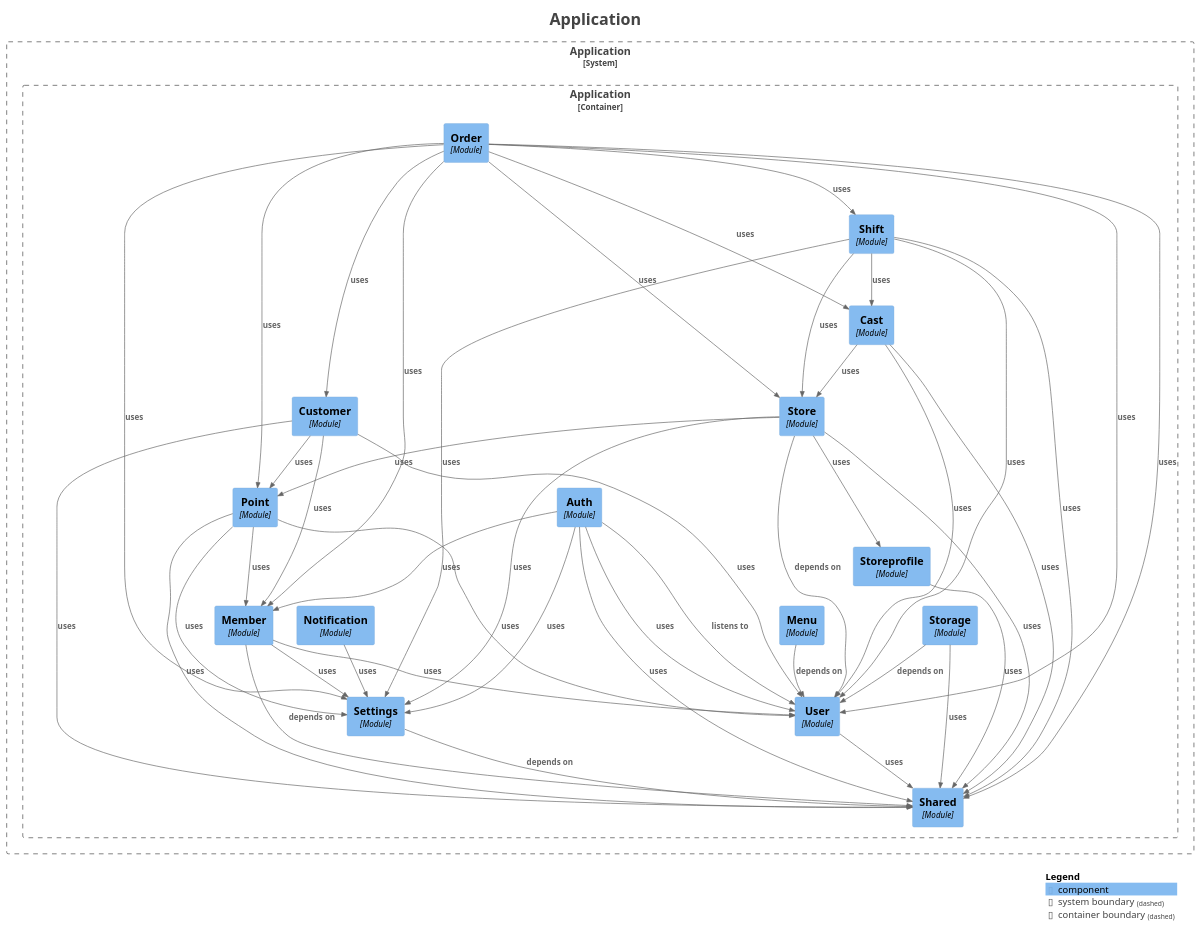
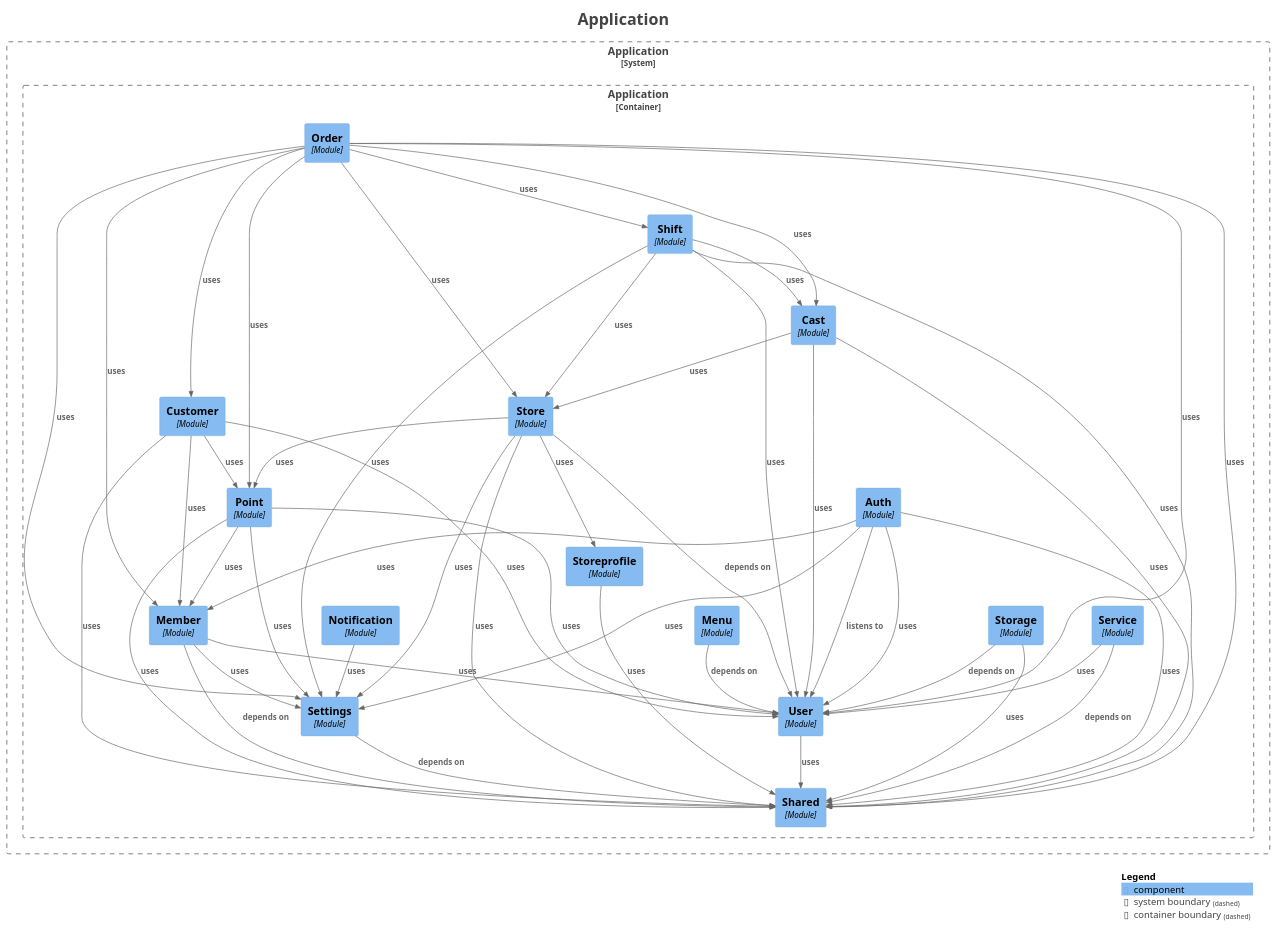
Before and after one commit to kanghouchao/Kizuna: the diagram in backend/docs/modulith/components.puml, drawn with PlantUML. The commit also changed 53 other files, not shown here.

```diff
--- a/backend/docs/modulith/components.puml
+++ b/backend/docs/modulith/components.puml
@@ -1,87 +1,90 @@
 @startuml
 title <size:24>Application</size>
 
 set separator none
 top to bottom direction
 
 <style>
   root {
     BackgroundColor: #ffffff
     FontColor: #444444
   }
 </style>
 
 !include <C4/C4>
 !include <C4/C4_Context>
 !include <C4/C4_Component>
 
 System_Boundary("Application_boundary", "Application", $tags="") {
   Container_Boundary("Application.Application_boundary", "Application", $tags="") {
+    Component(Application.Application.Service, "Service", $techn="Module", $descr="", $tags="", $link="")
     Component(Application.Application.Storage, "Storage", $techn="Module", $descr="", $tags="", $link="")
     Component(Application.Application.Auth, "Auth", $techn="Module", $descr="", $tags="", $link="")
     Component(Application.Application.Point, "Point", $techn="Module", $descr="", $tags="", $link="")
     Component(Application.Application.Customer, "Customer", $techn="Module", $descr="", $tags="", $link="")
     Component(Application.Application.Store, "Store", $techn="Module", $descr="", $tags="", $link="")
     Component(Application.Application.Cast, "Cast", $techn="Module", $descr="", $tags="", $link="")
     Component(Application.Application.Shift, "Shift", $techn="Module", $descr="", $tags="", $link="")
     Component(Application.Application.Order, "Order", $techn="Module", $descr="", $tags="", $link="")
     Component(Application.Application.Shared, "Shared", $techn="Module", $descr="", $tags="", $link="")
     Component(Application.Application.Settings, "Settings", $techn="Module", $descr="", $tags="", $link="")
     Component(Application.Application.Storeprofile, "Storeprofile", $techn="Module", $descr="", $tags="", $link="")
     Component(Application.Application.User, "User", $techn="Module", $descr="", $tags="", $link="")
     Component(Application.Application.Member, "Member", $techn="Module", $descr="", $tags="", $link="")
     Component(Application.Application.Menu, "Menu", $techn="Module", $descr="", $tags="", $link="")
     Component(Application.Application.Notification, "Notification", $techn="Module", $descr="", $tags="", $link="")
   }
 
 }
 
-Rel(Application.Application.Notification, Application.Application.Settings, "uses", $techn="", $tags="", $link="")
+Rel(Application.Application.Shift, Application.Application.Cast, "uses", $techn="", $tags="", $link="")
+Rel(Application.Application.Shift, Application.Application.User, "uses", $techn="", $tags="", $link="")
+Rel(Application.Application.Shift, Application.Application.Store, "uses", $techn="", $tags="", $link="")
+Rel(Application.Application.Shift, Application.Application.Shared, "uses", $techn="", $tags="", $link="")
+Rel(Application.Application.User, Application.Application.Shared, "uses", $techn="", $tags="", $link="")
 Rel(Application.Application.Storeprofile, Application.Application.Shared, "uses", $techn="", $tags="", $link="")
-Rel(Application.Application.Customer, Application.Application.Member, "uses", $techn="", $tags="", $link="")
-Rel(Application.Application.Customer, Application.Application.User, "uses", $techn="", $tags="", $link="")
-Rel(Application.Application.Customer, Application.Application.Shared, "uses", $techn="", $tags="", $link="")
-Rel(Application.Application.Customer, Application.Application.Point, "uses", $techn="", $tags="", $link="")
+Rel(Application.Application.Storage, Application.Application.User, "depends on", $techn="", $tags="", $link="")
+Rel(Application.Application.Storage, Application.Application.Shared, "uses", $techn="", $tags="", $link="")
+Rel(Application.Application.Member, Application.Application.Shared, "depends on", $techn="", $tags="", $link="")
+Rel(Application.Application.Member, Application.Application.Settings, "uses", $techn="", $tags="", $link="")
+Rel(Application.Application.Member, Application.Application.User, "uses", $techn="", $tags="", $link="")
+Rel(Application.Application.Service, Application.Application.Shared, "depends on", $techn="", $tags="", $link="")
+Rel(Application.Application.Service, Application.Application.User, "uses", $techn="", $tags="", $link="")
 Rel(Application.Application.Auth, Application.Application.User, "listens to", $techn="", $tags="", $link="")
 Rel(Application.Application.Auth, Application.Application.User, "uses", $techn="", $tags="", $link="")
 Rel(Application.Application.Auth, Application.Application.Member, "uses", $techn="", $tags="", $link="")
 Rel(Application.Application.Auth, Application.Application.Shared, "uses", $techn="", $tags="", $link="")
 Rel(Application.Application.Auth, Application.Application.Settings, "uses", $techn="", $tags="", $link="")
-Rel(Application.Application.Cast, Application.Application.User, "uses", $techn="", $tags="", $link="")
-Rel(Application.Application.Cast, Application.Application.Store, "uses", $techn="", $tags="", $link="")
-Rel(Application.Application.Cast, Application.Application.Shared, "uses", $techn="", $tags="", $link="")
+Rel(Application.Application.Point, Application.Application.Shared, "uses", $techn="", $tags="", $link="")
+Rel(Application.Application.Point, Application.Application.User, "uses", $techn="", $tags="", $link="")
+Rel(Application.Application.Point, Application.Application.Member, "uses", $techn="", $tags="", $link="")
+Rel(Application.Application.Point, Application.Application.Settings, "uses", $techn="", $tags="", $link="")
+Rel(Application.Application.Store, Application.Application.User, "depends on", $techn="", $tags="", $link="")
+Rel(Application.Application.Store, Application.Application.Storeprofile, "uses", $techn="", $tags="", $link="")
+Rel(Application.Application.Store, Application.Application.Point, "uses", $techn="", $tags="", $link="")
+Rel(Application.Application.Store, Application.Application.Settings, "uses", $techn="", $tags="", $link="")
+Rel(Application.Application.Store, Application.Application.Shared, "uses", $techn="", $tags="", $link="")
+Rel(Application.Application.Customer, Application.Application.Member, "uses", $techn="", $tags="", $link="")
+Rel(Application.Application.Customer, Application.Application.User, "uses", $techn="", $tags="", $link="")
+Rel(Application.Application.Customer, Application.Application.Shared, "uses", $techn="", $tags="", $link="")
+Rel(Application.Application.Customer, Application.Application.Point, "uses", $techn="", $tags="", $link="")
 Rel(Application.Application.Order, Application.Application.Shared, "uses", $techn="", $tags="", $link="")
 Rel(Application.Application.Order, Application.Application.Point, "uses", $techn="", $tags="", $link="")
 Rel(Application.Application.Order, Application.Application.Member, "uses", $techn="", $tags="", $link="")
 Rel(Application.Application.Order, Application.Application.User, "uses", $techn="", $tags="", $link="")
 Rel(Application.Application.Order, Application.Application.Settings, "uses", $techn="", $tags="", $link="")
 Rel(Application.Application.Order, Application.Application.Cast, "uses", $techn="", $tags="", $link="")
 Rel(Application.Application.Order, Application.Application.Store, "uses", $techn="", $tags="", $link="")
 Rel(Application.Application.Order, Application.Application.Shift, "uses", $techn="", $tags="", $link="")
 Rel(Application.Application.Order, Application.Application.Customer, "uses", $techn="", $tags="", $link="")
+Rel(Application.Application.Notification, Application.Application.Settings, "uses", $techn="", $tags="", $link="")
+Rel(Application.Application.Menu, Application.Application.User, "depends on", $techn="", $tags="", $link="")
+Rel(Application.Application.Cast, Application.Application.User, "uses", $techn="", $tags="", $link="")
+Rel(Application.Application.Cast, Application.Application.Store, "uses", $techn="", $tags="", $link="")
+Rel(Application.Application.Cast, Application.Application.Shared, "uses", $techn="", $tags="", $link="")
+Rel(Application.Application.Settings, Application.Application.Shared, "depends on", $techn="", $tags="", $link="")
 Rel(Application.Application.Shift, Application.Application.Settings, "uses", $techn="", $tags="", $link="")
-Rel(Application.Application.Shift, Application.Application.Cast, "uses", $techn="", $tags="", $link="")
-Rel(Application.Application.Shift, Application.Application.User, "uses", $techn="", $tags="", $link="")
-Rel(Application.Application.Shift, Application.Application.Store, "uses", $techn="", $tags="", $link="")
-Rel(Application.Application.Shift, Application.Application.Shared, "uses", $techn="", $tags="", $link="")
-Rel(Application.Application.Point, Application.Application.Shared, "uses", $techn="", $tags="", $link="")
-Rel(Application.Application.Point, Application.Application.User, "uses", $techn="", $tags="", $link="")
-Rel(Application.Application.Point, Application.Application.Member, "uses", $techn="", $tags="", $link="")
-Rel(Application.Application.Point, Application.Application.Settings, "uses", $techn="", $tags="", $link="")
-Rel(Application.Application.Store, Application.Application.User, "depends on", $techn="", $tags="", $link="")
-Rel(Application.Application.Store, Application.Application.Storeprofile, "uses", $techn="", $tags="", $link="")
-Rel(Application.Application.Store, Application.Application.Point, "uses", $techn="", $tags="", $link="")
-Rel(Application.Application.Store, Application.Application.Settings, "uses", $techn="", $tags="", $link="")
-Rel(Application.Application.Store, Application.Application.Shared, "uses", $techn="", $tags="", $link="")
-Rel(Application.Application.Settings, Application.Application.Shared, "depends on", $techn="", $tags="", $link="")
-Rel(Application.Application.User, Application.Application.Shared, "uses", $techn="", $tags="", $link="")
-Rel(Application.Application.Member, Application.Application.Shared, "depends on", $techn="", $tags="", $link="")
-Rel(Application.Application.Member, Application.Application.Settings, "uses", $techn="", $tags="", $link="")
-Rel(Application.Application.Member, Application.Application.User, "uses", $techn="", $tags="", $link="")
-Rel(Application.Application.Storage, Application.Application.User, "depends on", $techn="", $tags="", $link="")
-Rel(Application.Application.Storage, Application.Application.Shared, "uses", $techn="", $tags="", $link="")
-Rel(Application.Application.Menu, Application.Application.User, "depends on", $techn="", $tags="", $link="")
 
 SHOW_LEGEND(true)
 hide stereotypes
 @enduml
```
